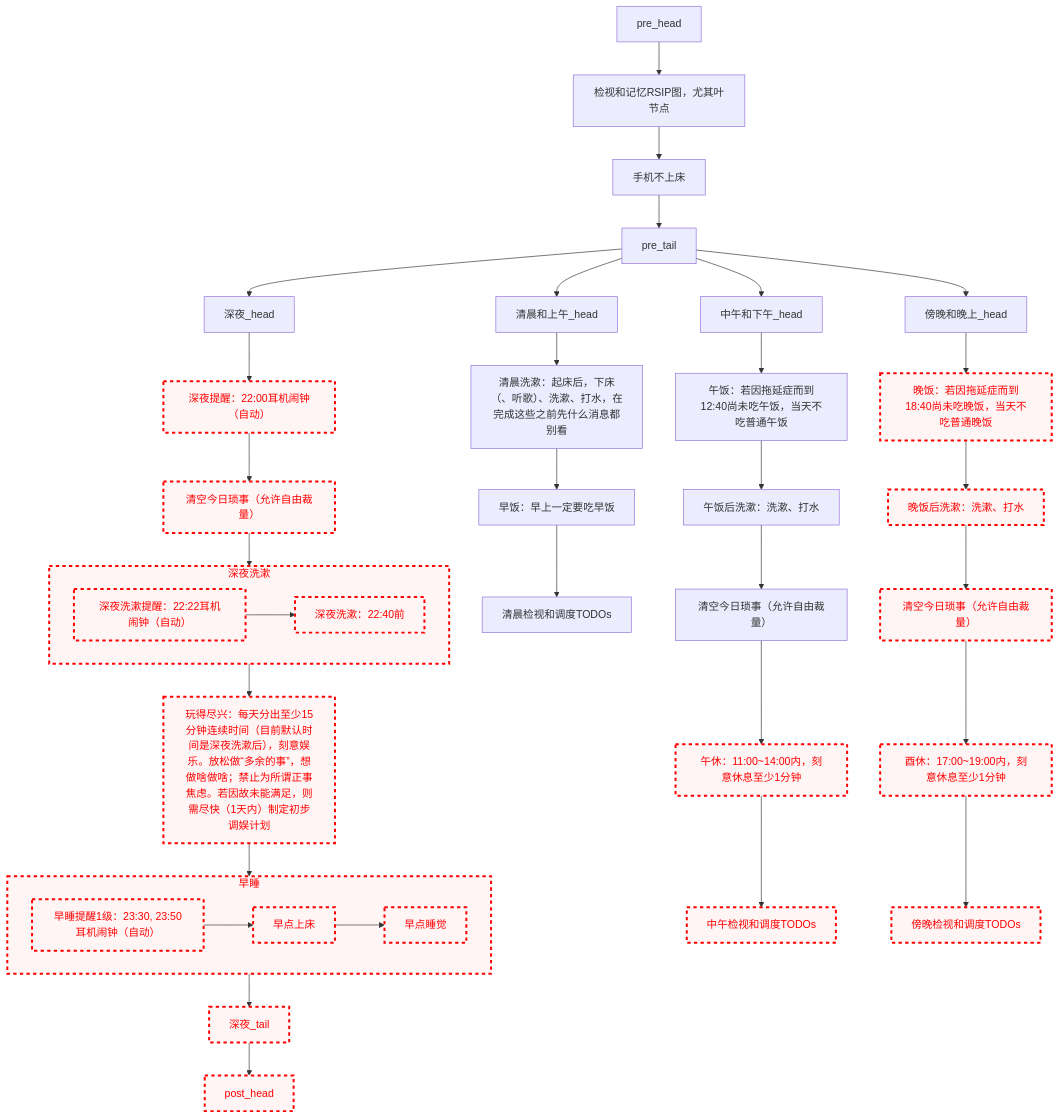
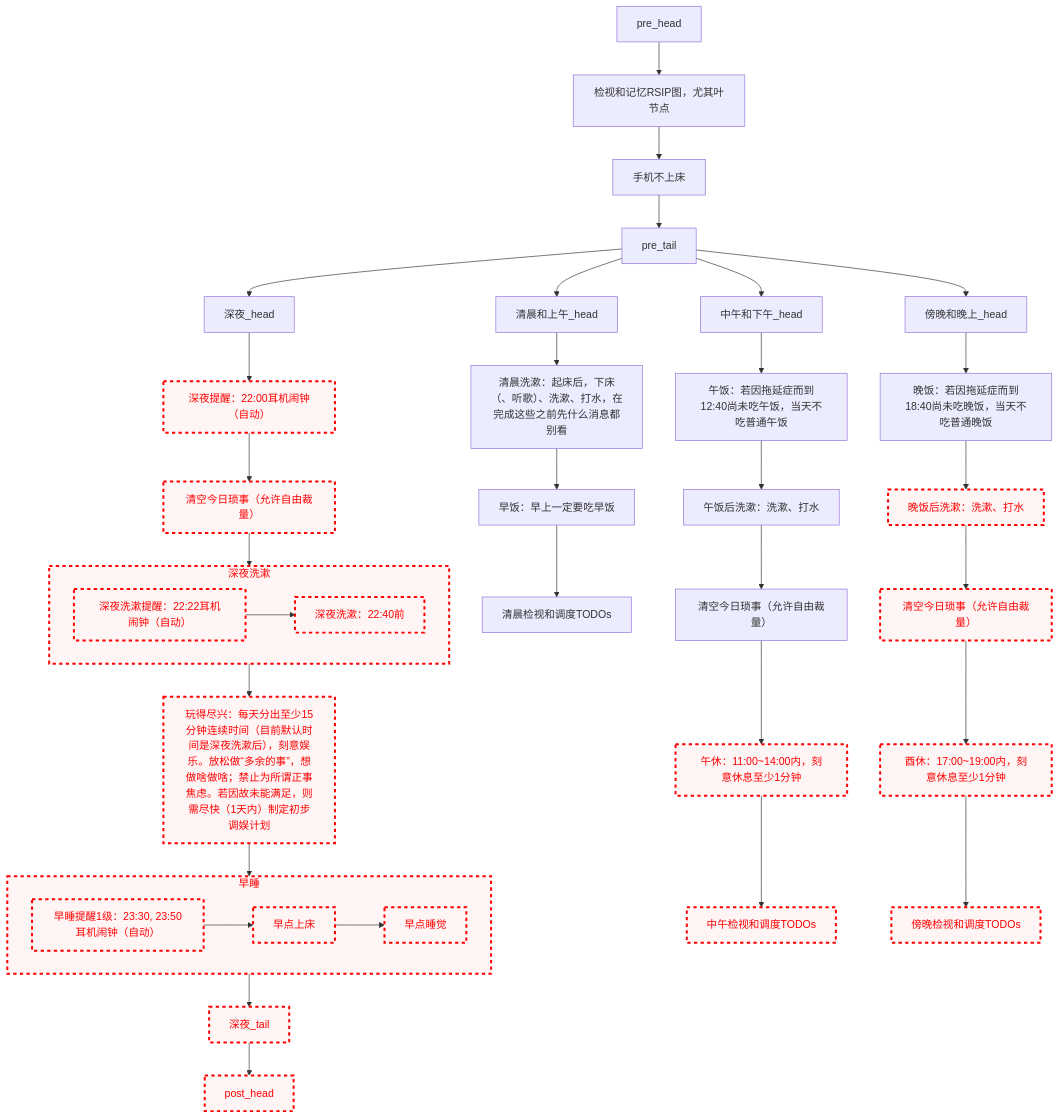
One commit to Ethkuil/RSIP-tree changed the diagram in README.md. Above: the diagram before and after it, drawn with Mermaid.

Commit message:
enable 晚饭

````diff
--- a/README.md
+++ b/README.md
@@ -21,73 +21,72 @@
 ```mermaid
 graph TD
 
 classDef failed stroke:#ff0000, stroke-width:3px, color:#ff0000, fill:#fff5f5, stroke-dasharray: 5
 
 pre_head --> RSIP[检视和记忆RSIP图，尤其叶节点]
 RSIP --> 手机不上床
 手机不上床 --> pre_tail
 
 
 pre_tail --> 清晨和上午_head
 清晨和上午_head --> 清晨洗漱
 清晨洗漱[清晨洗漱：起床后，下床（、听歌）、洗漱、打水，在完成这些之前先什么消息都别看]
 清晨洗漱 --> 早饭[早饭：早上一定要吃早饭]
 早饭 --> 清晨看TODO[清晨检视和调度TODOs]
 
 
 pre_tail --> 中午和下午_head
 中午和下午_head --> 午饭[午饭：若因拖延症而到12:40尚未吃午饭，当天不吃普通午饭]
 午饭 --> 午饭后洗漱[午饭后洗漱：洗漱、打水]
 午饭后洗漱 --> 中午今日琐事[清空今日琐事（允许自由裁量）]
 中午今日琐事 --> 午休[午休：11:00~14:00内，刻意休息至少1分钟]
 class 午休 failed
 午休 --> 中午看TODO[中午检视和调度TODOs]
 class 中午看TODO failed
 
 
 pre_tail --> 傍晚和晚上_head
 傍晚和晚上_head --> 晚饭[晚饭：若因拖延症而到18:40尚未吃晚饭，当天不吃普通晚饭]
-class 晚饭 failed
 晚饭 --> 晚饭后洗漱[晚饭后洗漱：洗漱、打水]
 class 晚饭后洗漱 failed
 晚饭后洗漱 --> 傍晚今日琐事[清空今日琐事（允许自由裁量）]
 class 傍晚今日琐事 failed
 傍晚今日琐事 --> 酉休[酉休：17:00~19:00内，刻意休息至少1分钟]
 class 酉休 failed
 酉休 --> 傍晚看TODO[傍晚检视和调度TODOs]
 class 傍晚看TODO failed
 
 
 pre_tail --> 深夜_head
 深夜_head --> 深夜提醒[深夜提醒：22:00耳机闹钟（自动）]
 class 深夜提醒 failed
 深夜提醒 --> 深夜今日琐事[清空今日琐事（允许自由裁量）]
 class 深夜今日琐事 failed
 深夜今日琐事 --> 深夜洗漱
 subgraph 深夜洗漱
   深夜洗漱提醒[深夜洗漱提醒：22:22耳机闹钟（自动）]
   class 深夜洗漱提醒 failed
   深夜洗漱提醒 --> 深夜洗漱执行[深夜洗漱：22:40前]
   class 深夜洗漱执行 failed
 end
 class 深夜洗漱 failed
 深夜洗漱 --> 玩得尽兴[玩得尽兴：每天分出至少15分钟连续时间（目前默认时间是深夜洗漱后），刻意娱乐。放松做“多余的事”，想做啥做啥；禁止为所谓正事焦虑。若因故未能满足，则需尽快（1天内）制定初步调娱计划]
 class 玩得尽兴 failed
 
 玩得尽兴 --> 早睡
 subgraph 早睡
   早睡提醒1级[早睡提醒1级：23:30, 23:50耳机闹钟（自动）]
   class 早睡提醒1级 failed
   早睡提醒1级 --> 早点上床
   class 早点上床 failed
   早点上床 --> 早点睡觉
   class 早点睡觉 failed
 end
 class 早睡 failed
 早睡 --> 深夜_tail
 class 深夜_tail failed
 
 
 深夜_tail --> post_head
 class post_head failed
 ```
````
